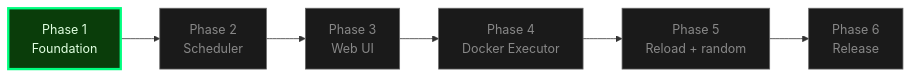
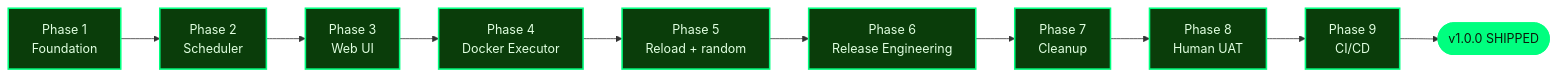
One commit to SimplicityGuy/cronduit changed the diagram in .planning/STATE.md. Above: the diagram before and after it, drawn with Mermaid. The commit also changed other lines of this file and 188 other files, not shown here.

````diff
--- a/.planning/STATE.md
+++ b/.planning/STATE.md
@@ -28,13 +29,17 @@
 ```mermaid
 flowchart LR
     P1[Phase 1<br/>Foundation] --> P2[Phase 2<br/>Scheduler]
     P2 --> P3[Phase 3<br/>Web UI]
     P3 --> P4[Phase 4<br/>Docker Executor]
     P4 --> P5[Phase 5<br/>Reload + random]
-    P5 --> P6[Phase 6<br/>Release]
+    P5 --> P6[Phase 6<br/>Release Engineering]
+    P6 --> P7[Phase 7<br/>Cleanup]
+    P7 --> P8[Phase 8<br/>Human UAT]
+    P8 --> P9[Phase 9<br/>CI/CD]
+    P9 --> SHIP([v1.0.0 SHIPPED])
 
-    classDef current fill:#0a3d0a,stroke:#00ff7f,stroke-width:3px,color:#e0ffe0
-    classDef pending fill:#1a1a1a,stroke:#666,stroke-width:1px,color:#888
-    class P1 current
-    class P2,P3,P4,P5,P6 pending
+    classDef done fill:#0a3d0a,stroke:#00ff7f,stroke-width:2px,color:#e0ffe0
+    classDef ship fill:#00ff7f,stroke:#00ff7f,stroke-width:3px,color:#0a1a0a
+    class P1,P2,P3,P4,P5,P6,P7,P8,P9 done
+    class SHIP ship
 ```
````
